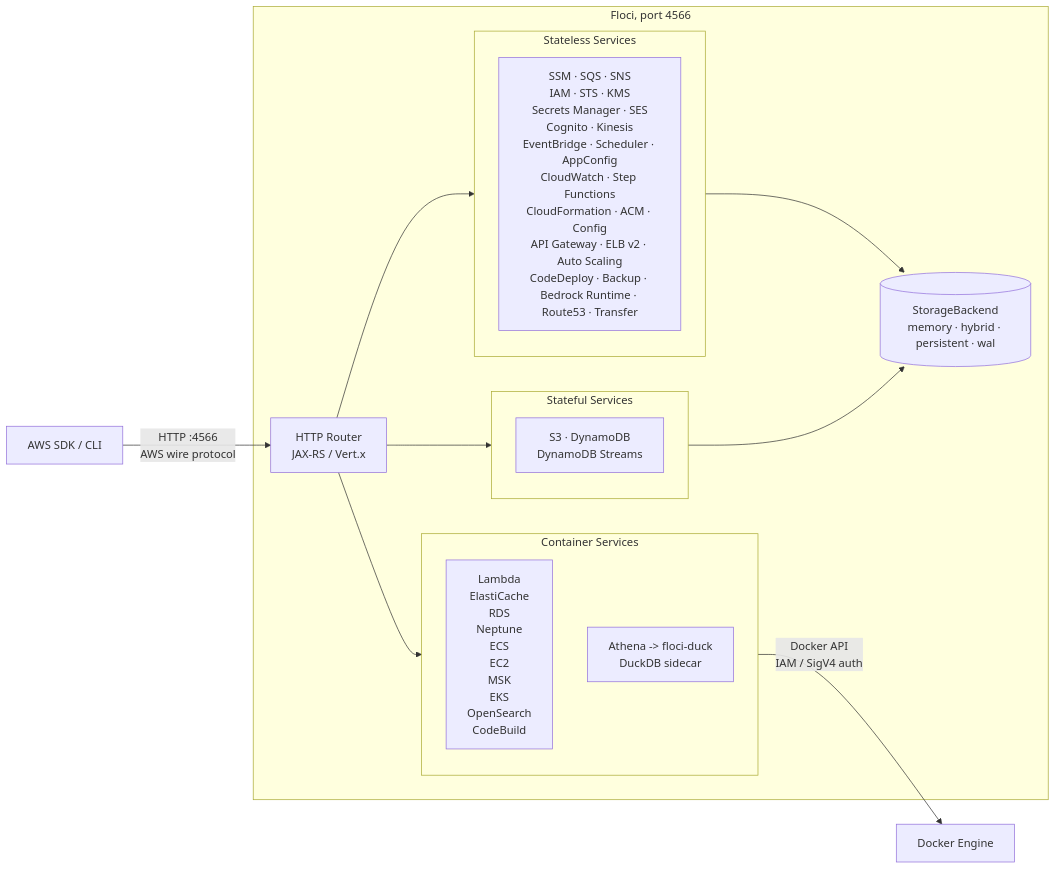
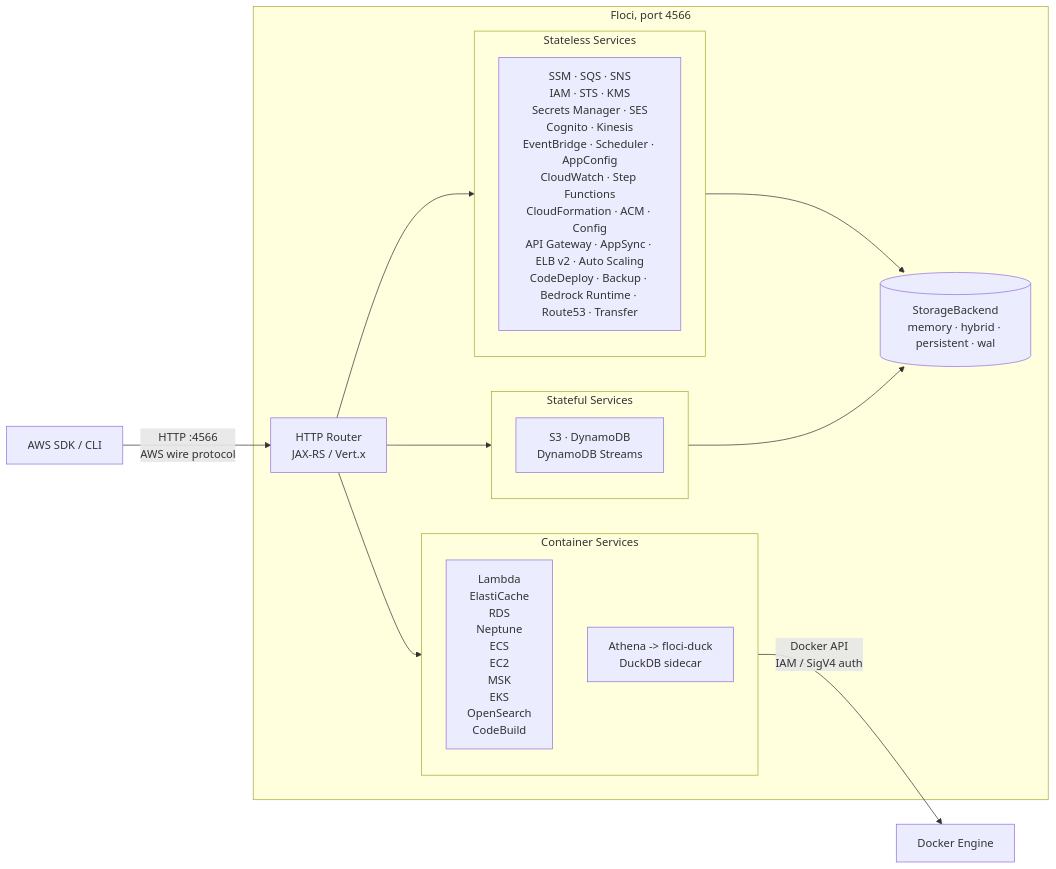
One commit to ryan00x/aws-terraform-ci-validation changed the diagram in README.md. Above: the diagram before and after it, drawn with Mermaid. The commit also changed other lines of this file and 33 other files, not shown here.

First line of the commit message:
feat(appsync): Phase 2 — Schema Registry, Model Fixes, CRUDL completion & AWS Scalars (#1185)

````diff
--- a/README.md
+++ b/README.md
@@ -184,30 +184,30 @@
 ```mermaid
 flowchart LR
     Client["AWS SDK / CLI"]
 
     subgraph Floci ["Floci, port 4566"]
         Router["HTTP Router\nJAX-RS / Vert.x"]
 
         subgraph Stateless ["Stateless Services"]
-            A["SSM · SQS · SNS\nIAM · STS · KMS\nSecrets Manager · SES\nCognito · Kinesis\nEventBridge · Scheduler · AppConfig\nCloudWatch · Step Functions\nCloudFormation · ACM · Config\nAPI Gateway · ELB v2 · Auto Scaling\nCodeDeploy · Backup · Bedrock Runtime · Route53 · Transfer"]
+            A["SSM · SQS · SNS\nIAM · STS · KMS\nSecrets Manager · SES\nCognito · Kinesis\nEventBridge · Scheduler · AppConfig\nCloudWatch · Step Functions\nCloudFormation · ACM · Config\nAPI Gateway · AppSync · ELB v2 · Auto Scaling\nCodeDeploy · Backup · Bedrock Runtime · Route53 · Transfer"]
         end
 
         subgraph Stateful ["Stateful Services"]
             B["S3 · DynamoDB\nDynamoDB Streams"]
         end
 
         subgraph Containers ["Container Services"]
             C["Lambda\nElastiCache\nRDS\nNeptune\nECS\nEC2\nMSK\nEKS\nOpenSearch\nCodeBuild"]
             D["Athena -> floci-duck\nDuckDB sidecar"]
         end
 
         Router --> Stateless
         Router --> Stateful
         Router --> Containers
         Stateless & Stateful --> Store[("StorageBackend\nmemory · hybrid · persistent · wal")]
     end
 
     Docker["Docker Engine"]
     Client -->|"HTTP :4566\nAWS wire protocol"| Router
     Containers -->|"Docker API\nIAM / SigV4 auth"| Docker
 ```
````
